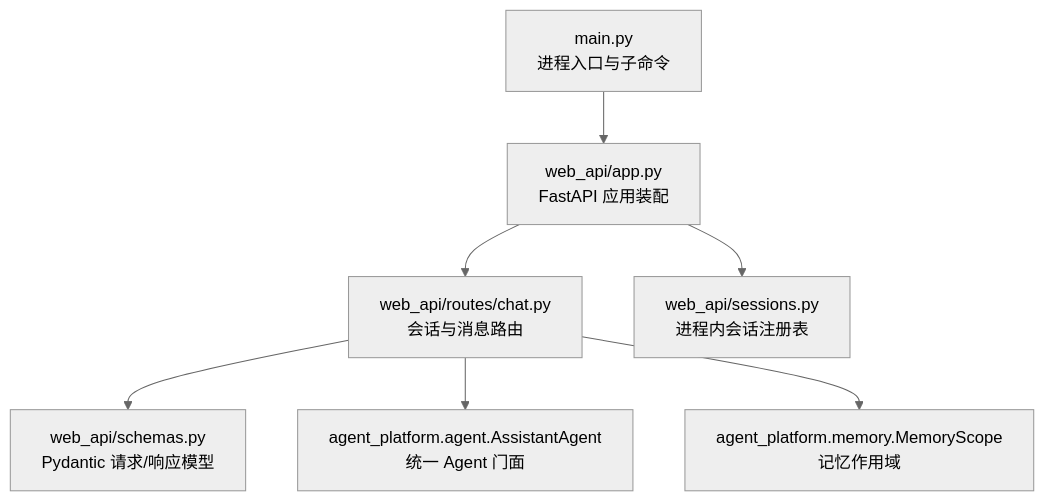
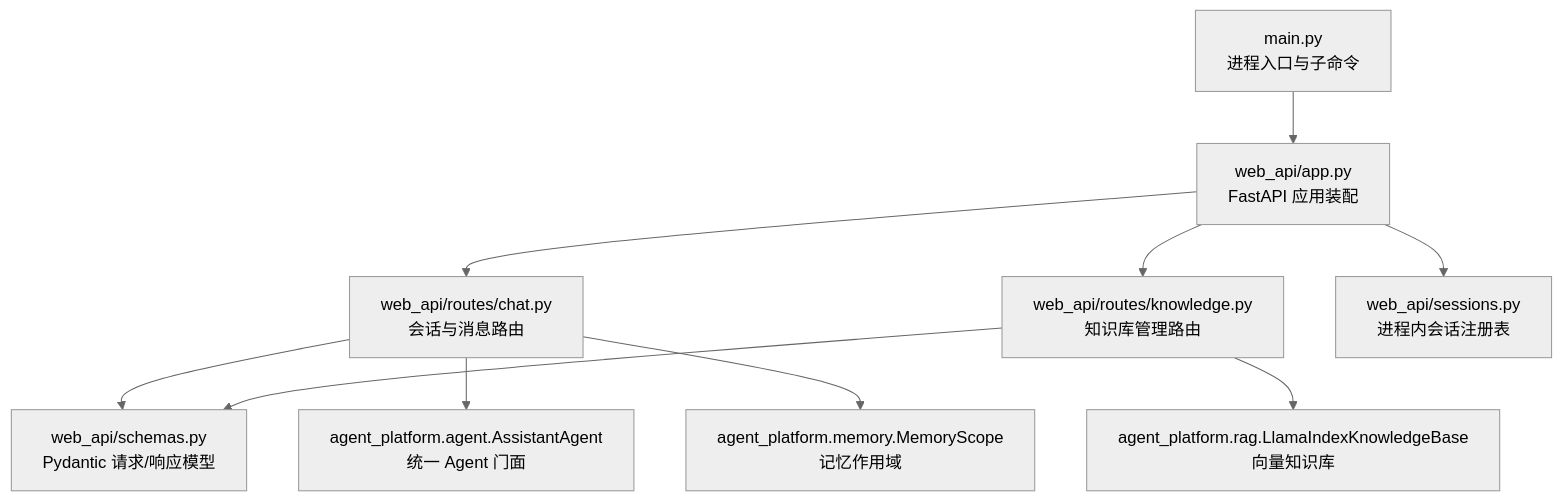
One commit to xyx1028/agentHelp changed the first of 9 diagrams in .qoder/repowiki/zh/content/架构设计/Web API 系统.md. Above: the diagram before and after it, drawn with Mermaid (neutral theme). The commit also changed other lines of this file and 115 other files, not shown here.

````diff
--- a/.qoder/repowiki/zh/content/架构设计/Web API 系统.md
+++ b/.qoder/repowiki/zh/content/架构设计/Web API 系统.md
@@ -33,9 +35,12 @@
 ```mermaid
 graph TB
 Main["main.py<br/>进程入口与子命令"] --> App["web_api/app.py<br/>FastAPI 应用装配"]
-App --> Router["web_api/routes/chat.py<br/>会话与消息路由"]
+App --> ChatRouter["web_api/routes/chat.py<br/>会话与消息路由"]
+App --> KnowledgeRouter["web_api/routes/knowledge.py<br/>知识库管理路由"]
 App --> Sessions["web_api/sessions.py<br/>进程内会话注册表"]
-Router --> Schemas["web_api/schemas.py<br/>Pydantic 请求/响应模型"]
-Router --> Agent["agent_platform.agent.AssistantAgent<br/>统一 Agent 门面"]
-Router --> Memory["agent_platform.memory.MemoryScope<br/>记忆作用域"]
+ChatRouter --> Schemas["web_api/schemas.py<br/>Pydantic 请求/响应模型"]
+KnowledgeRouter --> Schemas
+ChatRouter --> Agent["agent_platform.agent.AssistantAgent<br/>统一 Agent 门面"]
+KnowledgeRouter --> RAG["agent_platform.rag.LlamaIndexKnowledgeBase<br/>向量知识库"]
+ChatRouter --> Memory["agent_platform.memory.MemoryScope<br/>记忆作用域"]
 ```
````
